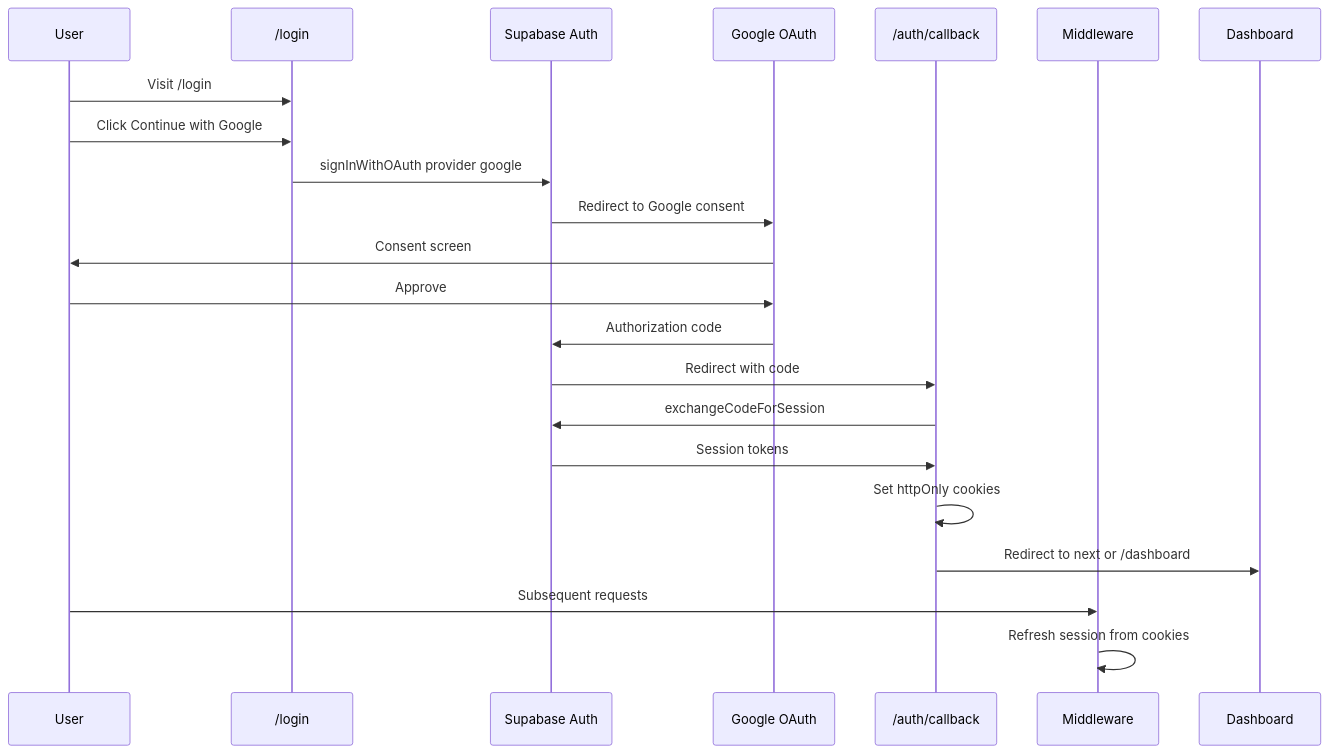
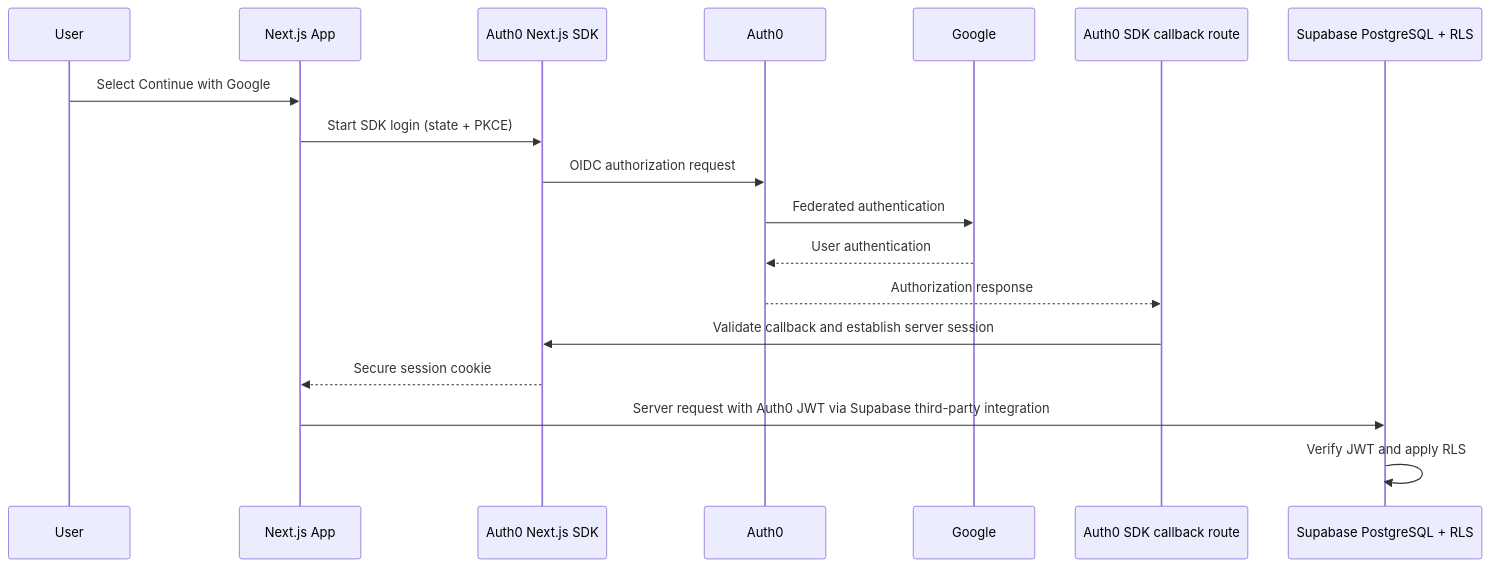
The diagram in docs/07_AUTHENTICATION.md (TheOneWith-3j/sports-community-app), drawn with Mermaid before and after one commit. The commit also changed other lines of this file and 38 other files, not shown here.

First line of the commit message:
feat: migrate M3 authentication to Auth0

````diff
--- a/docs/07_AUTHENTICATION.md
+++ b/docs/07_AUTHENTICATION.md
@@ -35,25 +36,21 @@
 ```mermaid
 sequenceDiagram
   participant User
-  participant LoginPage as /login
-  participant SupabaseAuth as Supabase Auth
-  participant Google as Google OAuth
-  participant Callback as /auth/callback
-  participant Middleware
-  participant Dashboard
+  participant App as Next.js App
+  participant SDK as Auth0 Next.js SDK
+  participant Auth0
+  participant Google
+  participant Callback as Auth0 SDK callback route
+  participant DB as Supabase PostgreSQL + RLS
 
-  User->>LoginPage: Visit /login
-  User->>LoginPage: Click Continue with Google
-  LoginPage->>SupabaseAuth: signInWithOAuth provider google
-  SupabaseAuth->>Google: Redirect to Google consent
-  Google->>User: Consent screen
-  User->>Google: Approve
-  Google->>SupabaseAuth: Authorization code
-  SupabaseAuth->>Callback: Redirect with code
-  Callback->>SupabaseAuth: exchangeCodeForSession
-  SupabaseAuth->>Callback: Session tokens
-  Callback->>Callback: Set httpOnly cookies
-  Callback->>Dashboard: Redirect to next or /dashboard
-  User->>Middleware: Subsequent requests
-  Middleware->>Middleware: Refresh session from cookies
+  User->>App: Select Continue with Google
+  App->>SDK: Start SDK login (state + PKCE)
+  SDK->>Auth0: OIDC authorization request
+  Auth0->>Google: Federated authentication
+  Google-->>Auth0: User authentication
+  Auth0-->>Callback: Authorization response
+  Callback->>SDK: Validate callback and establish server session
+  SDK-->>App: Secure session cookie
+  App->>DB: Server request with Auth0 JWT via Supabase third-party integration
+  DB->>DB: Verify JWT and apply RLS
 ```
````
